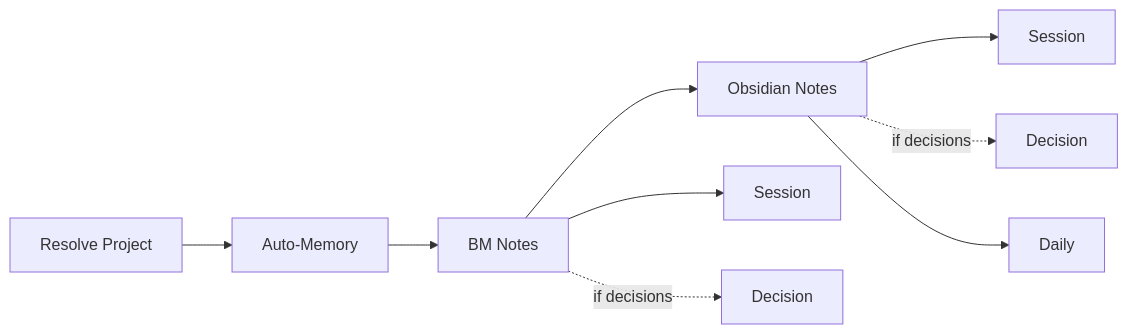
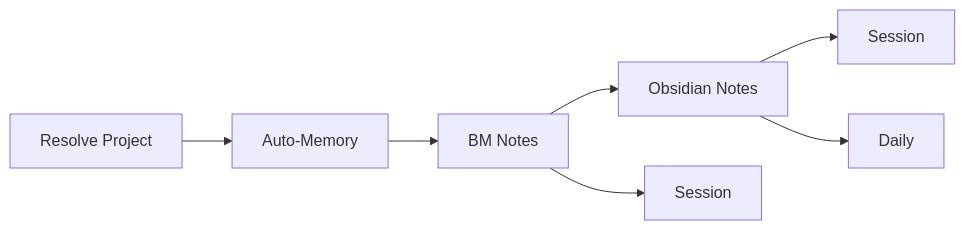
One commit to adeonir/agent-skills changed the diagram in skills/(tooling)/wrap-up/README.md. Above: the diagram before and after it, drawn with Mermaid. The commit also changed other lines of this file and 5 other files, not shown here.

````diff
--- a/skills/(tooling)/wrap-up/README.md
+++ b/skills/(tooling)/wrap-up/README.md
@@ -13,11 +13,9 @@
 ```mermaid
 flowchart LR
   A[Resolve Project] --> B[Auto-Memory]
   B --> C[BM Notes]
   C --> D[Obsidian Notes]
   C --> C1[Session]
-  C -.->|if decisions| C3[Decision]
   D --> D1[Session]
-  D -.->|if decisions| D3[Decision]
   D --> D2[Daily]
 ```
````
